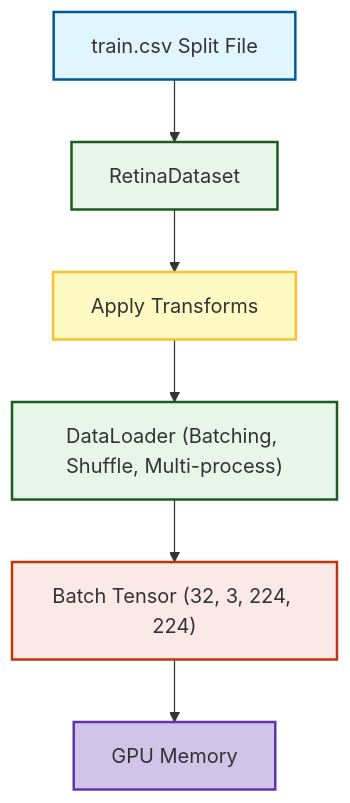
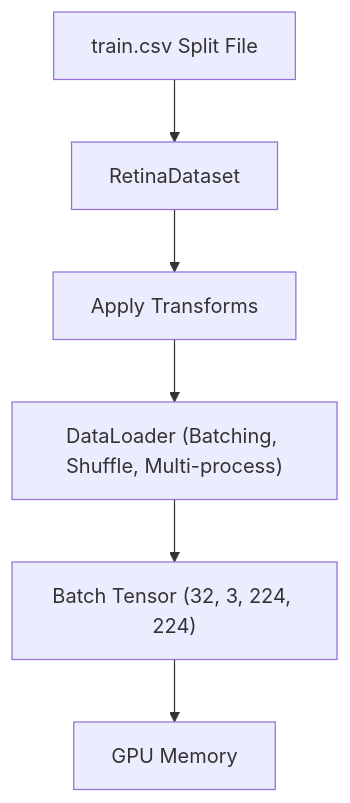
The diagram in research/Volume_02_Data_Pipeline/05_DataLoader.md (Dr-Venom29/FusionMedAI), drawn with Mermaid before and after one commit. The commit also changed 4 other files, not shown here.

Commit message:
docs: remove custom color styles from Mermaid flowcharts in Volume 2 chapters

````diff
--- a/research/Volume_02_Data_Pipeline/05_DataLoader.md
+++ b/research/Volume_02_Data_Pipeline/05_DataLoader.md
@@ -6,15 +6,8 @@
 ```mermaid
 graph TD
     CSV["train.csv Split File"] --> Dataset["RetinaDataset"]
     Dataset --> Transforms["Apply Transforms"]
     Transforms --> Dataloader["DataLoader (Batching, Shuffle, Multi-process)"]
     Dataloader --> Batch["Batch Tensor (32, 3, 224, 224)"]
     Batch --> GPU["GPU Memory"]
-    
-    style CSV fill:#e1f5fe,stroke:#01579b,stroke-width:2px;
-    style Dataset fill:#e8f5e9,stroke:#1b5e20,stroke-width:2px;
-    style Transforms fill:#fff9c4,stroke:#fbc02d,stroke-width:2px;
-    style Dataloader fill:#e8f5e9,stroke:#1b5e20,stroke-width:2px;
-    style Batch fill:#fbe9e7,stroke:#bf360c,stroke-width:2px;
-    style GPU fill:#d1c4e9,stroke:#5e35b1,stroke-width:2px;
 ```
````
